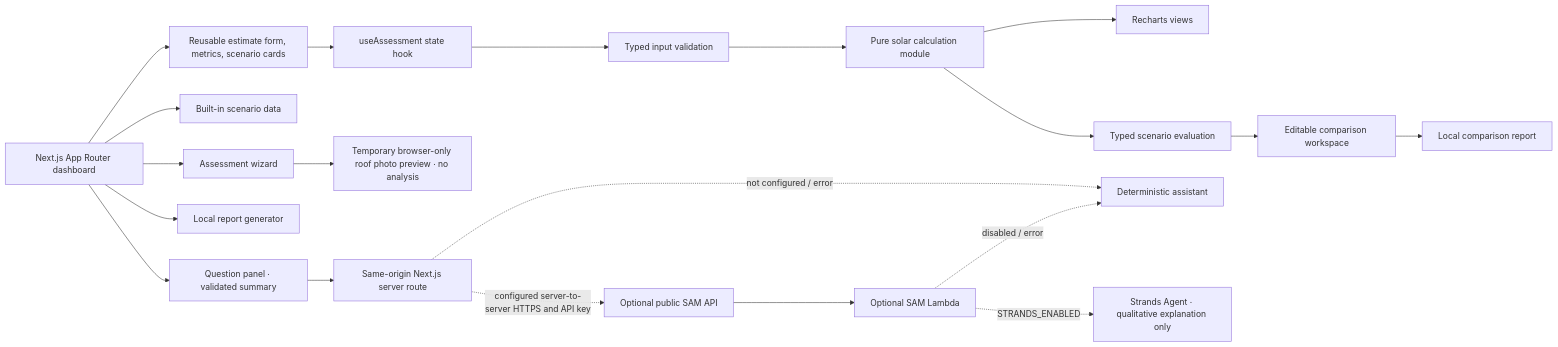
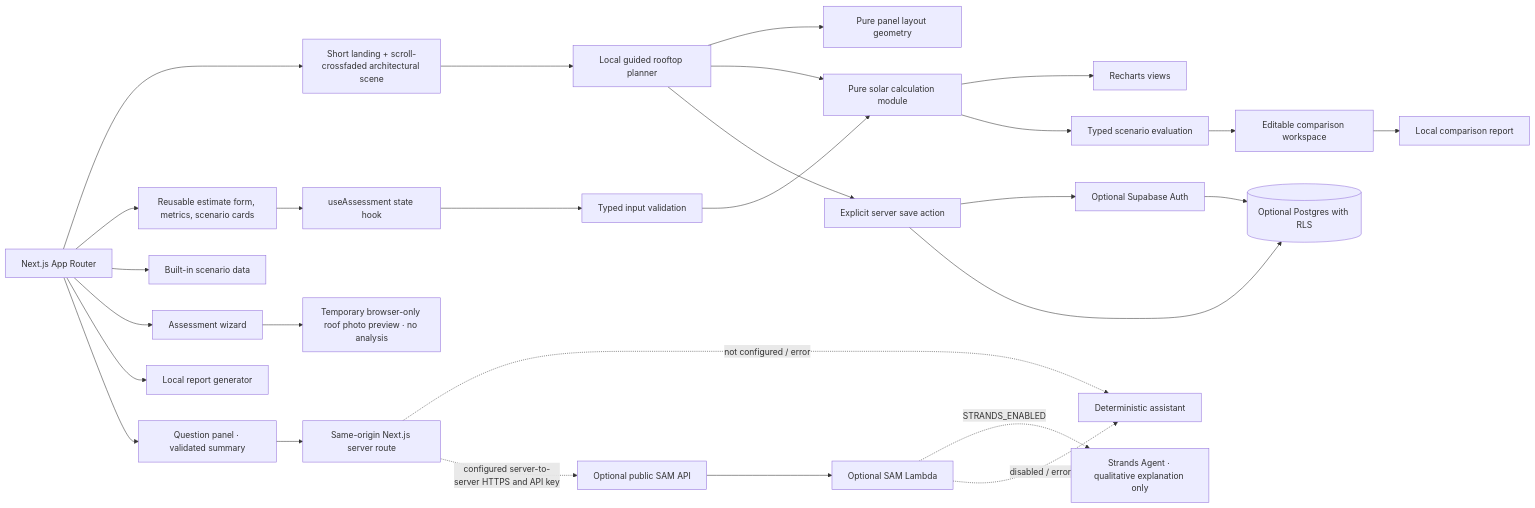
The diagram in README.md (KA17ERR/SolarSmart), drawn with Mermaid before and after one commit. The commit also changed other lines of this file and 188 other files, not shown here.

````diff
--- a/README.md
+++ b/README.md
@@ -99,22 +123,30 @@
 ```mermaid
 flowchart LR
-  Page[Next.js App Router dashboard] --> UI[Reusable estimate form, metrics, scenario cards]
+  Page[Next.js App Router] --> Landing[Short landing + scroll-crossfaded architectural scene]
+  Landing --> Planner[Local guided rooftop planner]
+  Planner --> Geometry[Pure panel layout geometry]
+  Planner --> Calc[Pure solar calculation module]
+  Page --> UI[Reusable estimate form, metrics, scenario cards]
   UI --> State[useAssessment state hook]
   State --> Validation[Typed input validation]
-  Validation --> Calc[Pure solar calculation module]
+  Validation --> Calc
   Calc --> Charts[Recharts views]
   Calc --> Compare[Typed scenario evaluation]
   Compare --> ComparePage[Editable comparison workspace]
   ComparePage --> CompareReport[Local comparison report]
   Page --> Demo[Built-in scenario data]
   Page --> Wizard[Assessment wizard]
   Wizard --> RoofPhoto[Temporary browser-only roof photo preview · no analysis]
   Page --> Report[Local report generator]
   Page --> Assistant[Question panel · validated summary]
   Assistant --> NextAPI[Same-origin Next.js server route]
   NextAPI -. not configured / error .-> Fallback[Deterministic assistant]
   NextAPI -. configured server-to-server HTTPS and API key .-> API[Optional public SAM API]
   API --> Lambda[Optional SAM Lambda]
   Lambda -. STRANDS_ENABLED .-> Strands[Strands Agent · qualitative explanation only]
   Lambda -. disabled / error .-> Fallback
+  Planner --> SaveAction[Explicit server save action]
+  SaveAction --> SupaAuth[Optional Supabase Auth]
+  SaveAction --> SupaDb[(Optional Postgres with RLS)]
+  SupaAuth --> SupaDb
 ```
````
